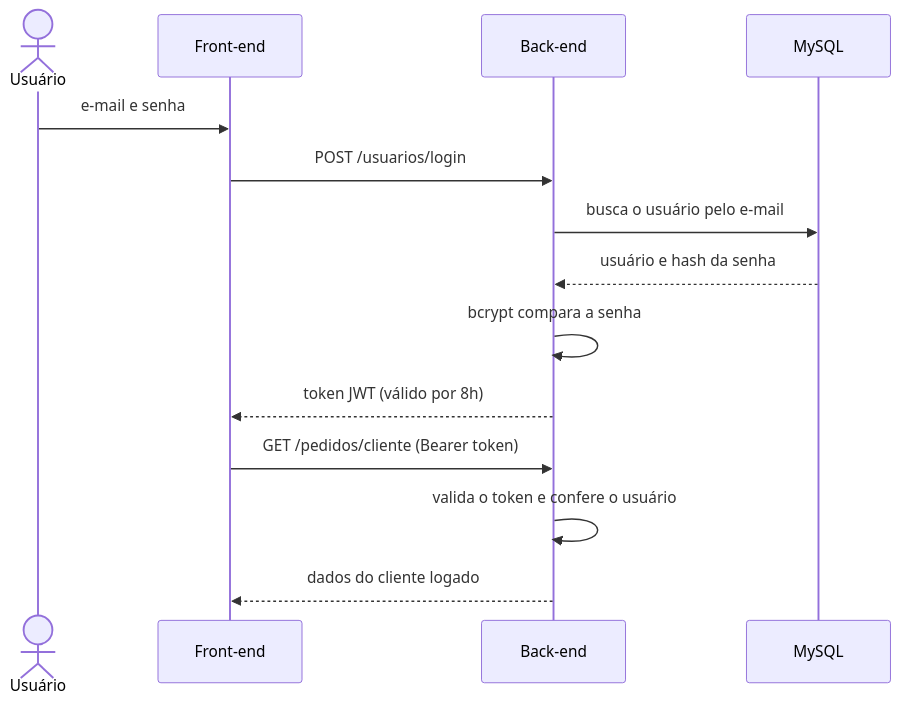
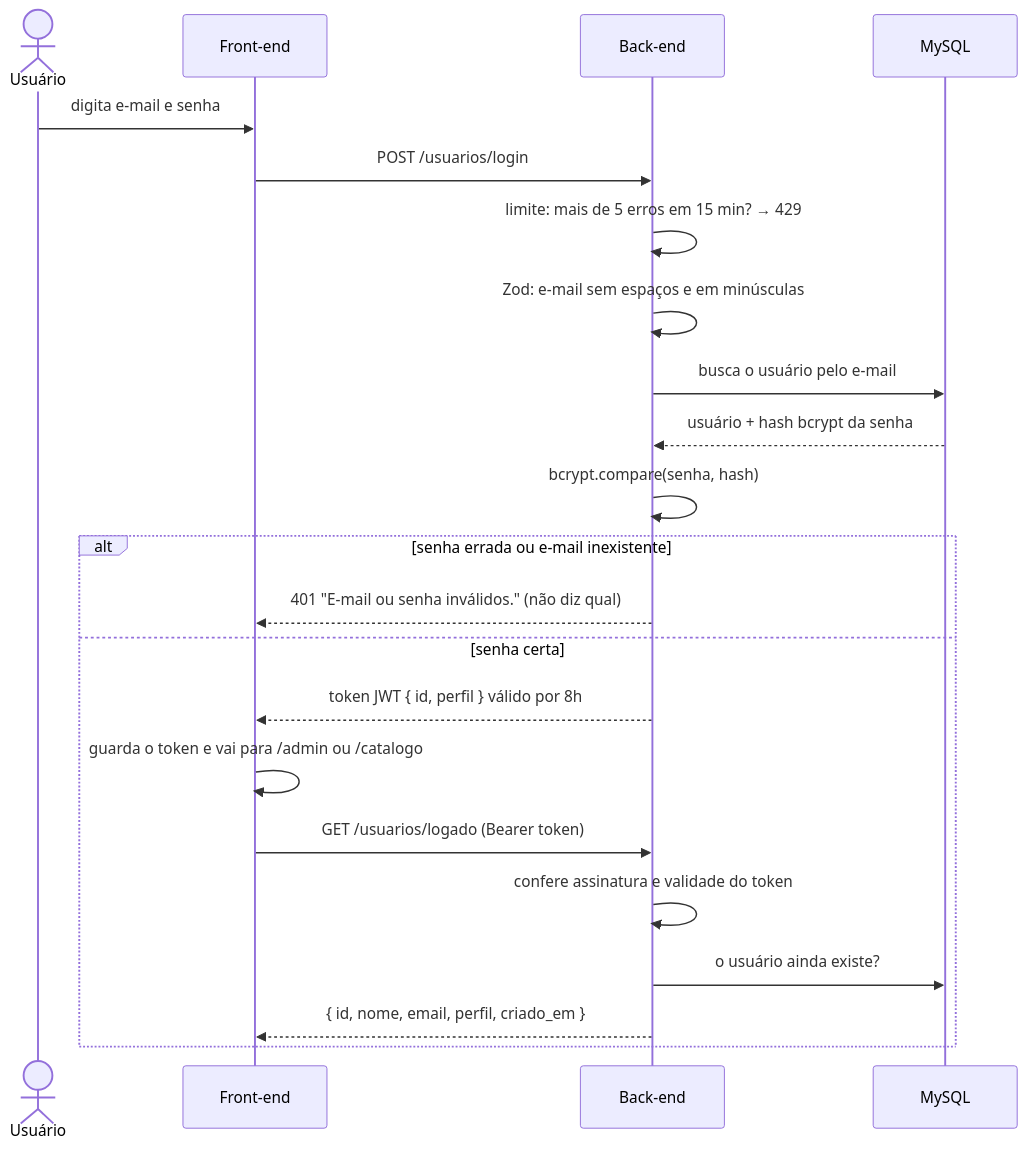
The eighth of 15 diagrams in README.md (Protagonistas-ADS/PI-2), drawn with Mermaid before and after one commit. The commit also changed other lines of this file, not shown here.

````diff
--- a/README.md
+++ b/README.md
@@ -217,17 +397,25 @@
 ```mermaid
 sequenceDiagram
     actor U as Usuário
     participant F as Front-end
     participant B as Back-end
     participant D as MySQL
 
-    U->>F: e-mail e senha
+    U->>F: digita e-mail e senha
     F->>B: POST /usuarios/login
+    B->>B: limite: mais de 5 erros em 15 min? → 429
+    B->>B: Zod: e-mail sem espaços e em minúsculas
     B->>D: busca o usuário pelo e-mail
-    D-->>B: usuário e hash da senha
-    B->>B: bcrypt compara a senha
-    B-->>F: token JWT (válido por 8h)
-    F->>B: GET /pedidos/cliente (Bearer token)
-    B->>B: valida o token e confere o usuário
-    B-->>F: dados do cliente logado
+    D-->>B: usuário + hash bcrypt da senha
+    B->>B: bcrypt.compare(senha, hash)
+    alt senha errada ou e-mail inexistente
+        B-->>F: 401 "E-mail ou senha inválidos." (não diz qual)
+    else senha certa
+        B-->>F: token JWT { id, perfil } válido por 8h
+        F->>F: guarda o token e vai para /admin ou /catalogo
+        F->>B: GET /usuarios/logado (Bearer token)
+        B->>B: confere assinatura e validade do token
+        B->>D: o usuário ainda existe?
+        B-->>F: { id, nome, email, perfil, criado_em }
+    end
 ```
````
